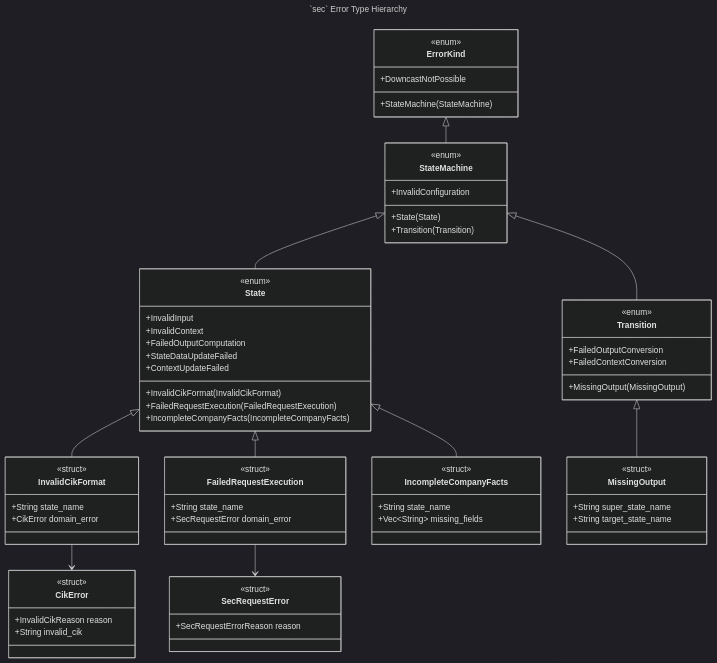
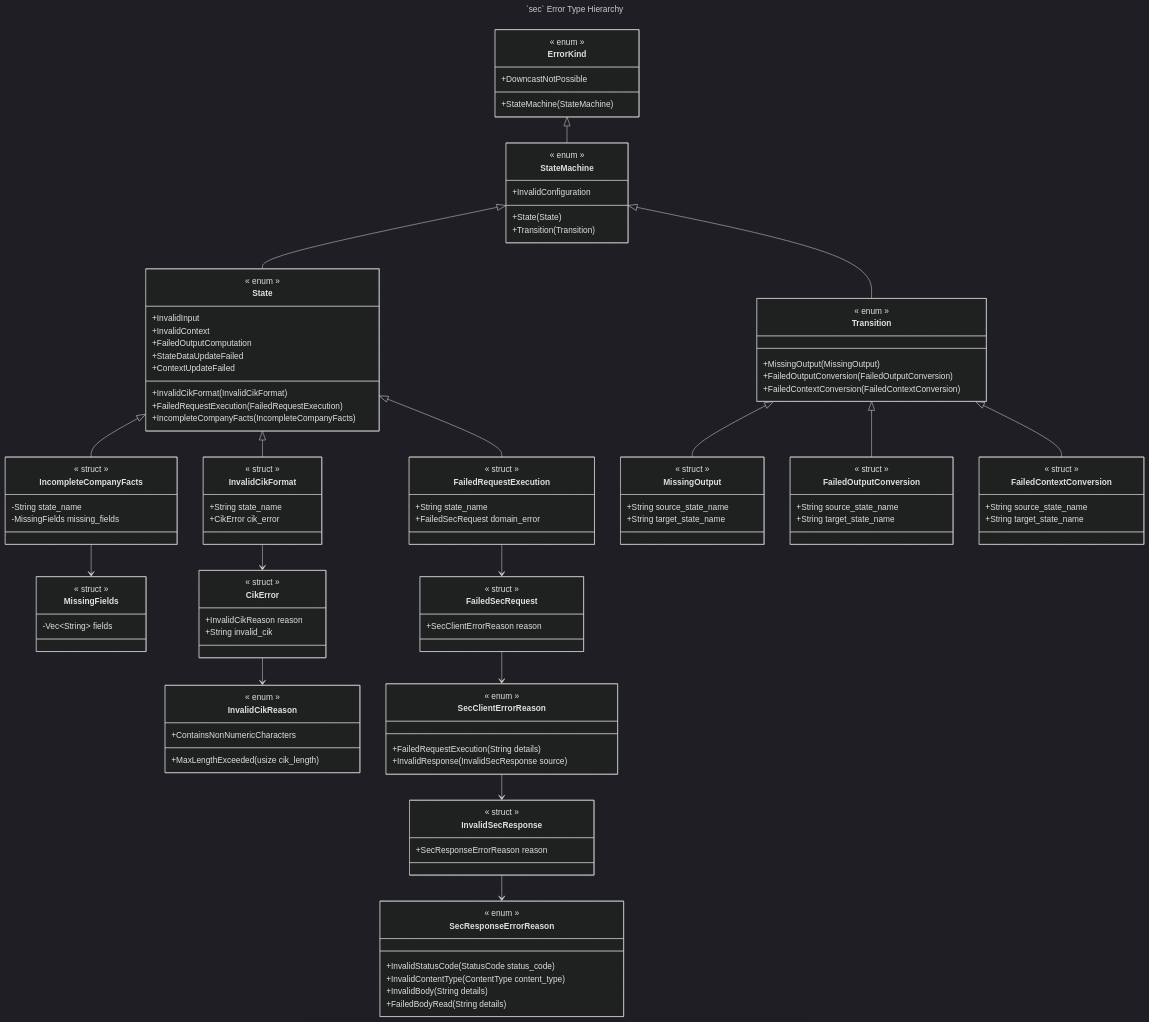
One commit to ironcapitaleu/arkad changed the third of 3 diagrams in README.md. Above: the diagram before and after it, drawn with Mermaid (dark theme). The commit also changed other lines of this file and 6 other files, not shown here.

First line of the commit message:
doc: diagram sync (#136)

````diff
--- a/README.md
+++ b/README.md
@@ -150,18 +249,23 @@
 ---
 classDiagram
     class ErrorKind{
-        <<enum>>
+        << enum >>
+        %% Top-level error enum for all SEC state machine errors
         +StateMachine(StateMachine)
         +DowncastNotPossible
     }
+
     class StateMachine{
-        <<enum>>
+        << enum >>
+        %% Errors during state machine execution
+        +InvalidConfiguration
         +State(State)
         +Transition(Transition)
-        +InvalidConfiguration
     }
+
     class State {
-        <<enum>>
+        << enum >>
+        %% Errors from internal state operations
         +InvalidCikFormat(InvalidCikFormat)
         +FailedRequestExecution(FailedRequestExecution)
         +IncompleteCompanyFacts(IncompleteCompanyFacts)
@@ -171,48 +275,126 @@
         +StateDataUpdateFailed
         +ContextUpdateFailed
     }
+
     class Transition {
-        <<enum>>
+        << enum >>
+        %% Errors during state transitions
         +MissingOutput(MissingOutput)
-        +FailedOutputConversion
-        +FailedContextConversion
+        +FailedOutputConversion(FailedOutputConversion)
+        +FailedContextConversion(FailedContextConversion)
     }
+
     class InvalidCikFormat{
-        <<struct>>
+        << struct >>
+        %% State-level wrapper for CIK validation errors
         +String state_name
-        +CikError domain_error
+        +CikError cik_error
     }
+
     class FailedRequestExecution{
-        <<struct>>
+        << struct >>
+        %% State-level wrapper for request execution errors
         +String state_name
-        +SecRequestError domain_error
+        +FailedSecRequest domain_error
     }
+
     class IncompleteCompanyFacts{
-        <<struct>>
-        +String state_name
-        +Vec~String~ missing_fields
+        << struct >>
+        %% State-level error for missing XBRL concepts
+        -String state_name
+        -MissingFields missing_fields
     }
+
+    class MissingFields{
+        << struct >>
+        %% Newtype over the canonical names of the missing concepts
+        -Vec~String~ fields
+    }
+
     class MissingOutput{
-        <<struct>>
-        +String super_state_name
+        << struct >>
+        %% Transition-level error for missing output data
+        +String source_state_name
         +String target_state_name
     }
+
+    class FailedOutputConversion{
+        << struct >>
+        %% Transition-level error for output-to-input conversion failure
+        +String source_state_name
+        +String target_state_name
+    }
+
+    class FailedContextConversion{
+        << struct >>
+        %% Transition-level error for context conversion failure
+        +String source_state_name
+        +String target_state_name
+    }
+
     class CikError{
-        <<struct>>
+        << struct >>
+        %% Domain error for invalid CIK format
         +InvalidCikReason reason
         +String invalid_cik
     }
-    class SecRequestError{
-        <<struct>>
-        +SecRequestErrorReason reason
+
+    class InvalidCikReason{
+        << enum >>
+        %% Why a string failed CIK validation
+        +MaxLengthExceeded(usize cik_length)
+        +ContainsNonNumericCharacters
     }
+
+    class FailedSecRequest{
+        << struct >>
+        %% Domain error for SEC request execution
+        +SecClientErrorReason reason
+    }
+
+    class SecClientErrorReason{
+        << enum >>
+        %% `sec_client::error::ErrorReason`, renamed here for diagram uniqueness
+        +FailedRequestExecution(String details)
+        +InvalidResponse(InvalidSecResponse source)
+    }
+
+    class InvalidSecResponse{
+        << struct >>
+        %% Domain error for a response that failed SEC validation
+        +SecResponseErrorReason reason
+    }
+
+    class SecResponseErrorReason{
+        << enum >>
+        %% `sec_response::error::ErrorReason`, renamed here for diagram uniqueness
+        +InvalidStatusCode(StatusCode status_code)
+        +InvalidContentType(ContentType content_type)
+        +InvalidBody(String details)
+        +FailedBodyRead(String details)
+    }
+
+    %% Error hierarchy relationships
     ErrorKind <|-- StateMachine
     StateMachine <|-- State
     StateMachine <|-- Transition
+
+    %% State error wraps domain errors
     State <|-- InvalidCikFormat
     State <|-- FailedRequestExecution
     State <|-- IncompleteCompanyFacts
+
+    %% Transition error wraps specific errors
     Transition <|-- MissingOutput
+    Transition <|-- FailedOutputConversion
+    Transition <|-- FailedContextConversion
+
+    %% State wrappers contain domain errors
     InvalidCikFormat --> CikError
-    FailedRequestExecution --> SecRequestError
+    CikError --> InvalidCikReason
+    IncompleteCompanyFacts --> MissingFields
+    FailedRequestExecution --> FailedSecRequest
+    FailedSecRequest --> SecClientErrorReason
+    SecClientErrorReason --> InvalidSecResponse
+    InvalidSecResponse --> SecResponseErrorReason
 ```
````
